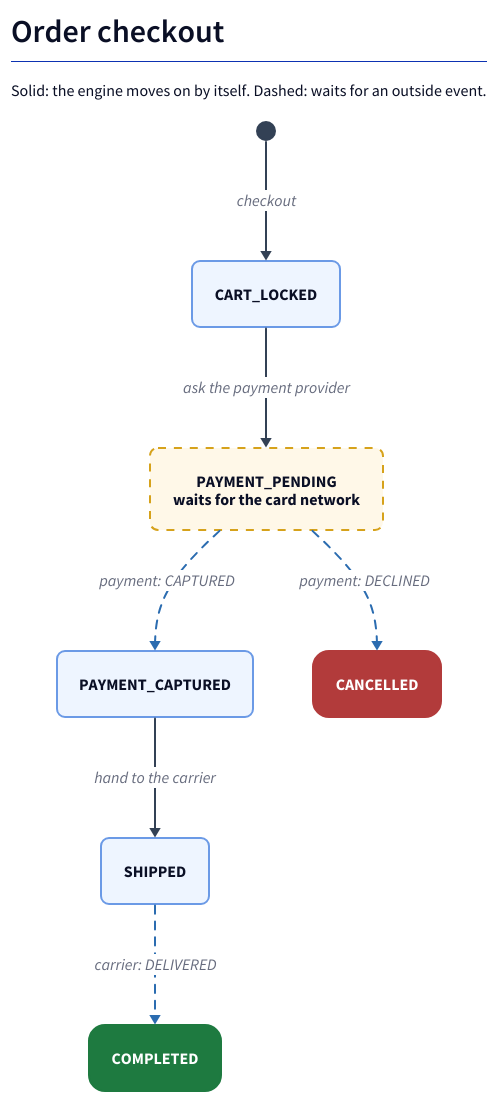
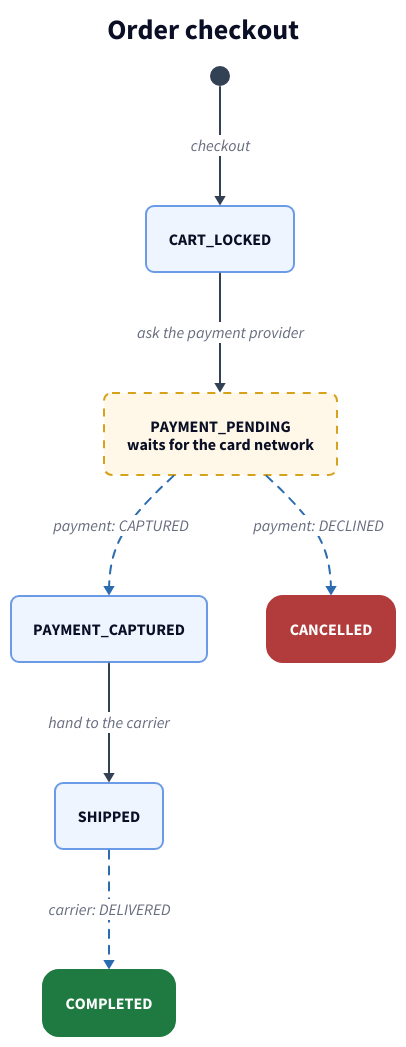
One commit to pltanton/d2-live-site changed the diagram in fixture/order-fsm.d2. Above: the diagram before and after it, drawn with D2. The commit also changed 5 other files, not shown here.

```diff
--- a/fixture/order-fsm.d2
+++ b/fixture/order-fsm.d2
@@ -1,47 +1,43 @@
-title: |md
-  # Order checkout
-
-  Solid: the engine moves on by itself. Dashed: waits for an outside event.
-| {near: top-center}
+title: "Order checkout" {shape: text; near: top-center; style: {font-size: 28; bold: true}}
 
 direction: down
 
 classes: {
   active: {
     shape: rectangle
     style: {fill: "#EEF5FF"; stroke: "#6B9AE6"; stroke-width: 2; border-radius: 8}
   }
   pause: {
     shape: rectangle
     style: {fill: "#FFF8E8"; stroke: "#D6A21B"; stroke-width: 2; stroke-dash: 4; border-radius: 8}
   }
   done_ok: {
     shape: rectangle
     style: {fill: "#1E7A40"; stroke: "#1E7A40"; font-color: "#FFFFFF"; border-radius: 16}
   }
   done_bad: {
     shape: rectangle
     style: {fill: "#B23B3B"; stroke: "#B23B3B"; font-color: "#FFFFFF"; border-radius: 16}
   }
   evt: {style: {stroke: "#2B6CB0"; stroke-width: 2; stroke-dash: 4}}
   sync: {style: {stroke: "#334155"; stroke-width: 2}}
 }
 
 start: "" {shape: circle; width: 18; height: 18; style: {fill: "#334155"; stroke: "#334155"}}
 
 CART_LOCKED: {class: active}
 PAYMENT_PENDING: "PAYMENT_PENDING\nwaits for the card network" {class: pause}
 PAYMENT_CAPTURED: {class: active}
 SHIPPED: {class: active}
 COMPLETED: {class: done_ok}
 CANCELLED: {class: done_bad}
 
 start -> CART_LOCKED: "checkout" {class: sync}
 CART_LOCKED -> PAYMENT_PENDING: "ask the payment provider" {class: sync}
 
 # The provider answers asynchronously; a decline ends the order with nothing to undo.
 PAYMENT_PENDING -> PAYMENT_CAPTURED: "payment: CAPTURED" {class: evt}
 PAYMENT_PENDING -> CANCELLED: "payment: DECLINED" {class: evt}
 
 PAYMENT_CAPTURED -> SHIPPED: "hand to the carrier" {class: sync}
 SHIPPED -> COMPLETED: "carrier: DELIVERED" {class: evt}
```
